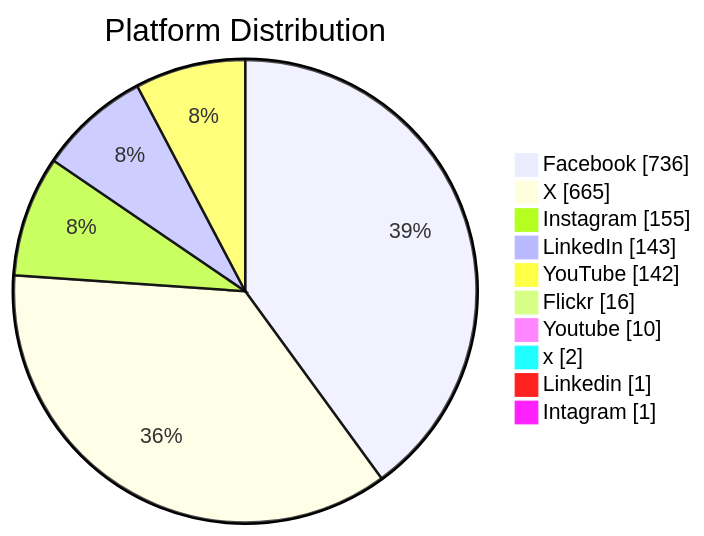
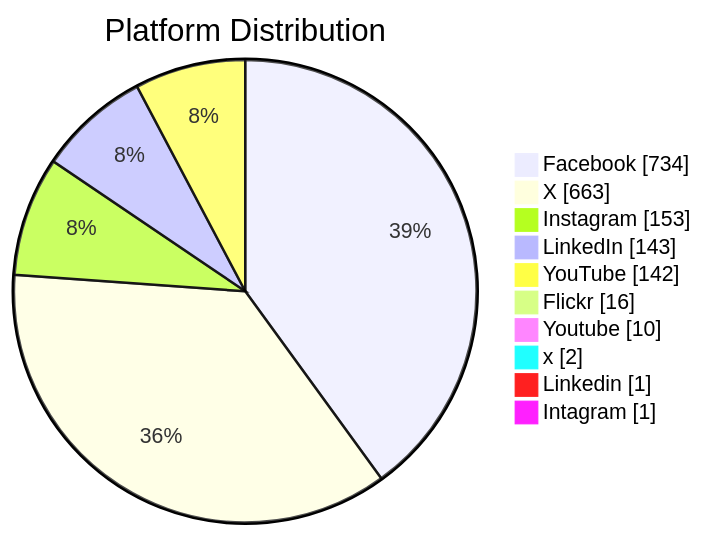
One commit to PatLittle/GC-Socials changed the fourth of 8 diagrams in README.md. Above: the diagram before and after it, drawn with Mermaid. The commit also changed other lines of this file, not shown here.

Commit message:
Update README with Platform Distribution pie chart

````diff
--- a/README.md
+++ b/README.md
@@ -149,13 +149,13 @@
 ```mermaid
 pie showData title Platform Distribution
-    "Facebook": 736
-    "X": 665
-    "Instagram": 155
+    "Facebook": 734
+    "X": 663
+    "Instagram": 153
     "LinkedIn": 143
     "YouTube": 142
     "Flickr": 16
     "Youtube": 10
     "x": 2
     "Linkedin": 1
     "Intagram": 1
 ```
````
